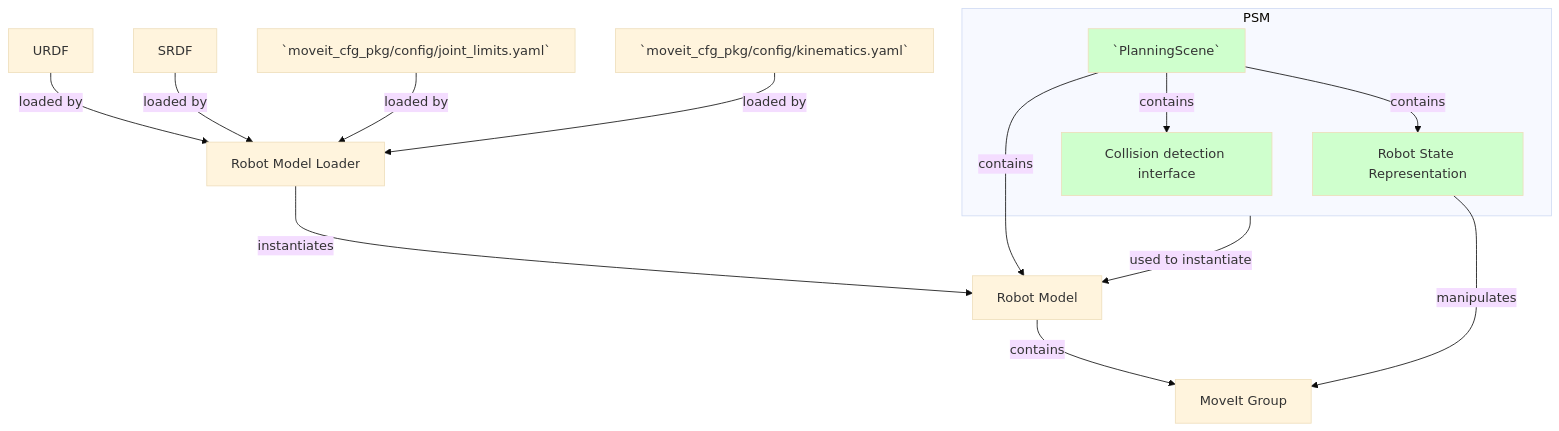
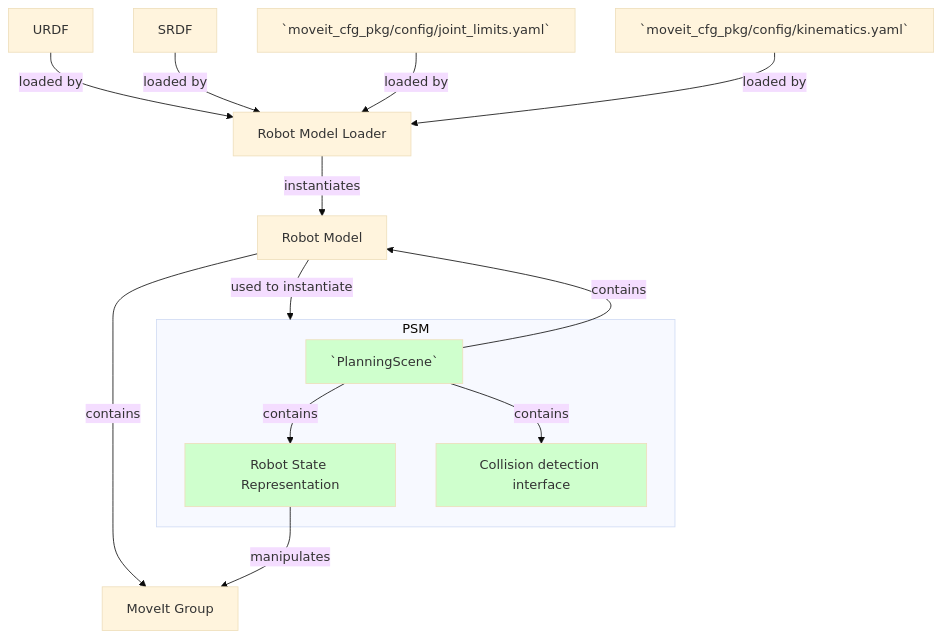
Before and after one commit to rafaelrojasmiliani/moveit_tutorial: the second of 2 diagrams in 02_planning_scene/readme.md, drawn with Mermaid (base theme).

````diff
--- a/02_planning_scene/readme.md
+++ b/02_planning_scene/readme.md
@@ -107,19 +107,19 @@
 ```mermaid
-graph TD;
+flowchart TD;
     URDF -- loaded by --> RML[Robot Model Loader];
     SRDF -- loaded by --> RML;
     J[`moveit_cfg_pkg/config/joint_limits.yaml`] -- loaded by --> RML;
     K[`moveit_cfg_pkg/config/kinematics.yaml`] -- loaded by --> RML;
     RML -- instantiates --> RM[Robot Model];
     RM -- contains --> MG[MoveIt Group];
     PS[`PlanningScene`] -- contains --> RM;
     subgraph PSM
     PS -- contains --> RS[Robot State Representation];
     PS -- contains --> CD[Collision detection interface];
     end
     RS -- manipulates --> MG;
-    PSM -- used to instantiate --> RM;
+    RM -- used to instantiate --> PSM;
     style PS fill:#CFFFCD;
     style RS fill:#CFFFCD;
     style CD fill:#CFFFCD;
 ```
````
